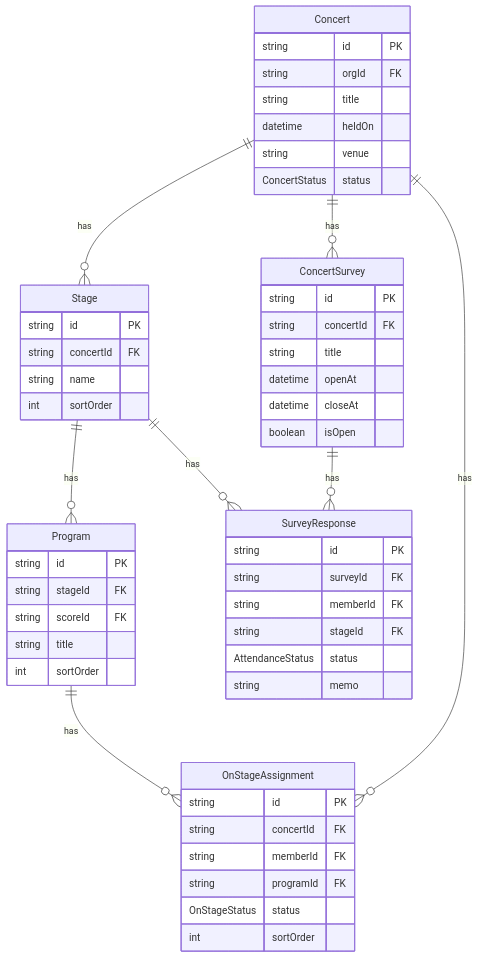
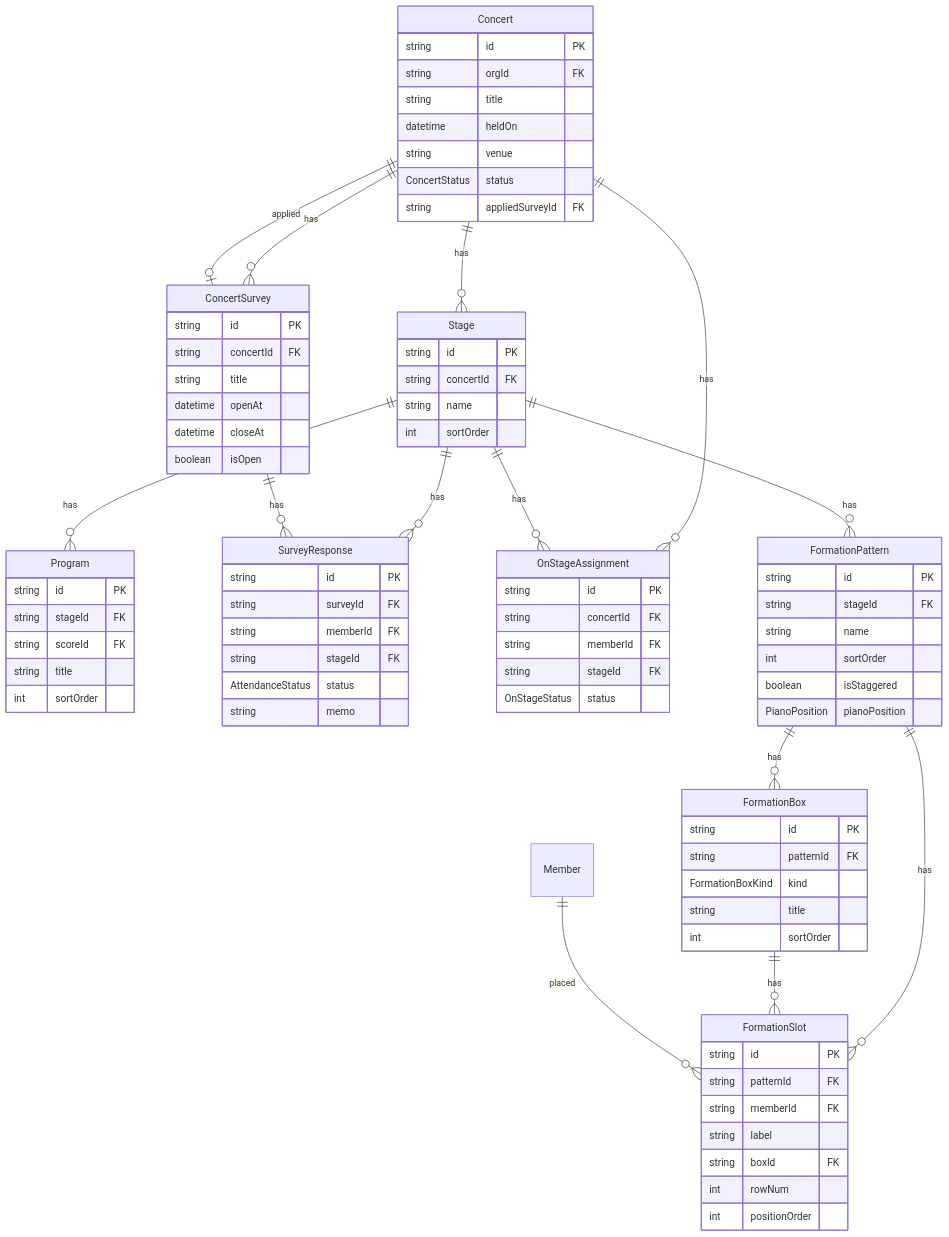
One commit to Genki1019/choirhub changed the fifth of 7 diagrams in docs/database.md. Above: the diagram before and after it, drawn with Mermaid. The commit also changed other lines of this file and 27 other files, not shown here.

````diff
--- a/docs/database.md
+++ b/docs/database.md
@@ -217,6 +224,7 @@
         datetime      heldOn
         string        venue
         ConcertStatus status
+        string        appliedSurveyId FK
     }
     Stage {
         string id PK
@@ -251,16 +259,45 @@
         string        id PK
         string        concertId FK
         string        memberId FK
-        string        programId FK
+        string        stageId FK
         OnStageStatus status
+    }
+    FormationPattern {
+        string        id PK
+        string        stageId FK
+        string        name
         int           sortOrder
+        boolean       isStaggered
+        PianoPosition pianoPosition
+    }
+    FormationBox {
+        string           id PK
+        string           patternId FK
+        FormationBoxKind kind
+        string           title
+        int              sortOrder
+    }
+    FormationSlot {
+        string id PK
+        string patternId FK
+        string memberId FK
+        string label
+        string boxId FK
+        int    rowNum
+        int    positionOrder
     }
 
-    Concert       ||--o{ Stage             : "has"
-    Concert       ||--o{ ConcertSurvey     : "has"
-    Concert       ||--o{ OnStageAssignment : "has"
-    Stage         ||--o{ Program           : "has"
-    Stage         ||--o{ SurveyResponse    : "has"
-    Program       ||--o{ OnStageAssignment : "has"
-    ConcertSurvey ||--o{ SurveyResponse    : "has"
+    Concert          ||--o{ Stage             : "has"
+    Concert          ||--o{ ConcertSurvey     : "has"
+    Concert          ||--o{ OnStageAssignment : "has"
+    Concert          ||--o| ConcertSurvey     : "applied"
+    Stage            ||--o{ Program           : "has"
+    Stage            ||--o{ SurveyResponse    : "has"
+    Stage            ||--o{ OnStageAssignment : "has"
+    Stage            ||--o{ FormationPattern  : "has"
+    ConcertSurvey    ||--o{ SurveyResponse    : "has"
+    FormationPattern ||--o{ FormationBox      : "has"
+    FormationPattern ||--o{ FormationSlot     : "has"
+    FormationBox     ||--o{ FormationSlot     : "has"
+    Member           ||--o{ FormationSlot     : "placed"
 ```
````
